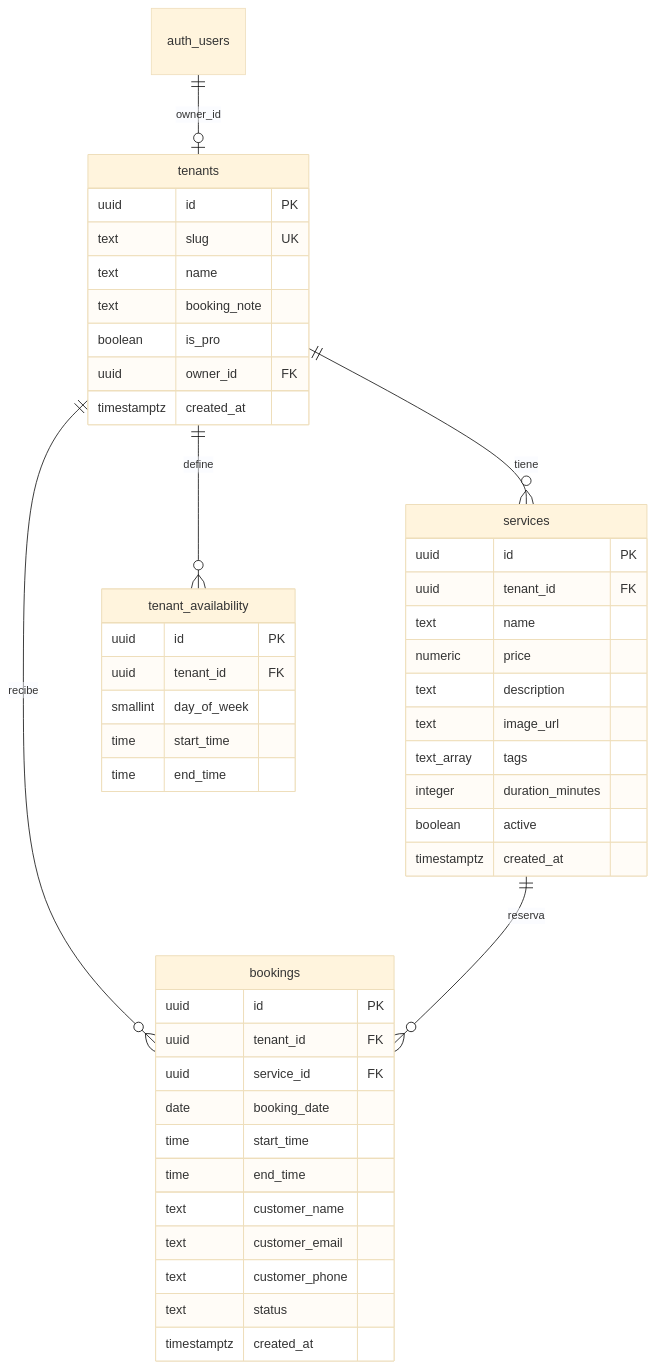
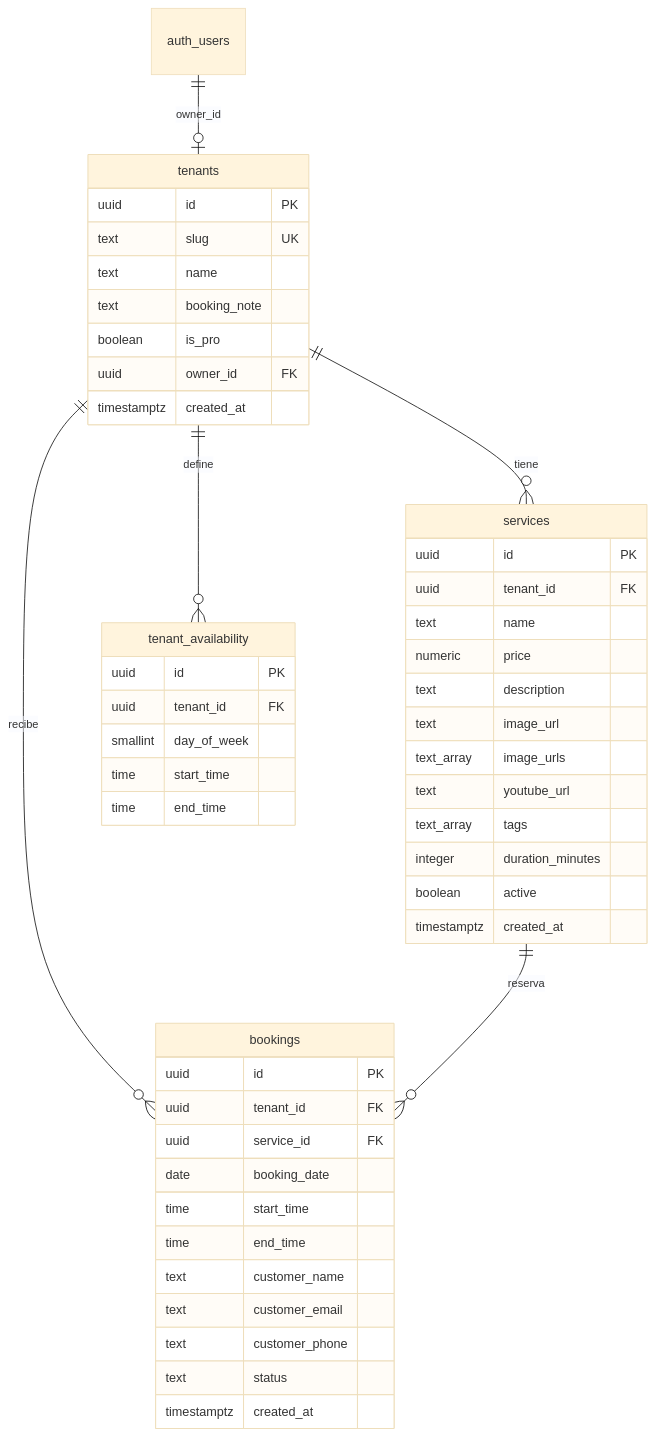
Before and after one commit to Manoplo/fastbook: the diagram in fastbook-roadmap.md, drawn with Mermaid (base theme). The commit also changed other lines of this file and 10 other files, not shown here.

````diff
--- a/fastbook-roadmap.md
+++ b/fastbook-roadmap.md
@@ -137,53 +155,55 @@
 ```mermaid
 erDiagram
   auth_users ||--o| tenants : "owner_id"
   tenants ||--o{ services : "tiene"
   tenants ||--o{ tenant_availability : "define"
   tenants ||--o{ bookings : "recibe"
   services ||--o{ bookings : "reserva"
 
   tenants {
     uuid id PK
     text slug UK
     text name
     text booking_note
     boolean is_pro
     uuid owner_id FK
     timestamptz created_at
   }
 
   services {
     uuid id PK
     uuid tenant_id FK
     text name
     numeric price
     text description
     text image_url
+    text_array image_urls
+    text youtube_url
     text_array tags
     integer duration_minutes
     boolean active
     timestamptz created_at
   }
 
   tenant_availability {
     uuid id PK
     uuid tenant_id FK
     smallint day_of_week
     time start_time
     time end_time
   }
 
   bookings {
     uuid id PK
     uuid tenant_id FK
     uuid service_id FK
     date booking_date
     time start_time
     time end_time
     text customer_name
     text customer_email
     text customer_phone
     text status
     timestamptz created_at
   }
 ```
````
